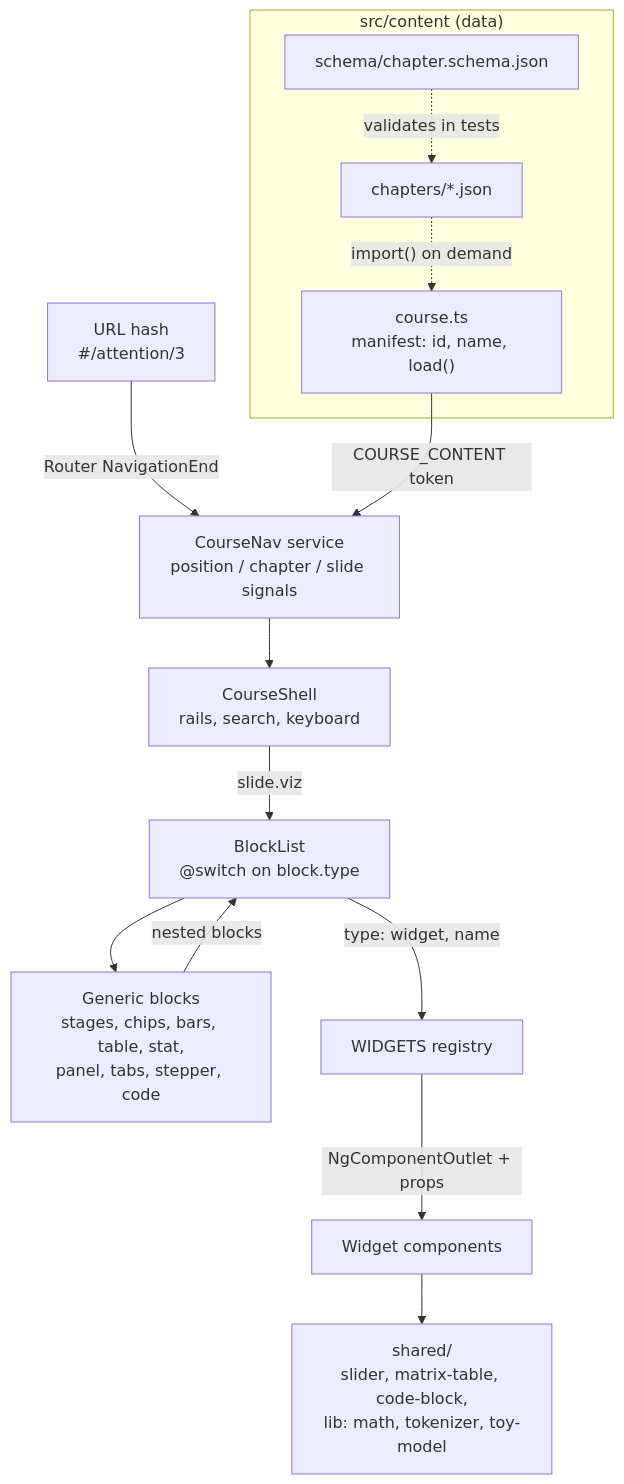
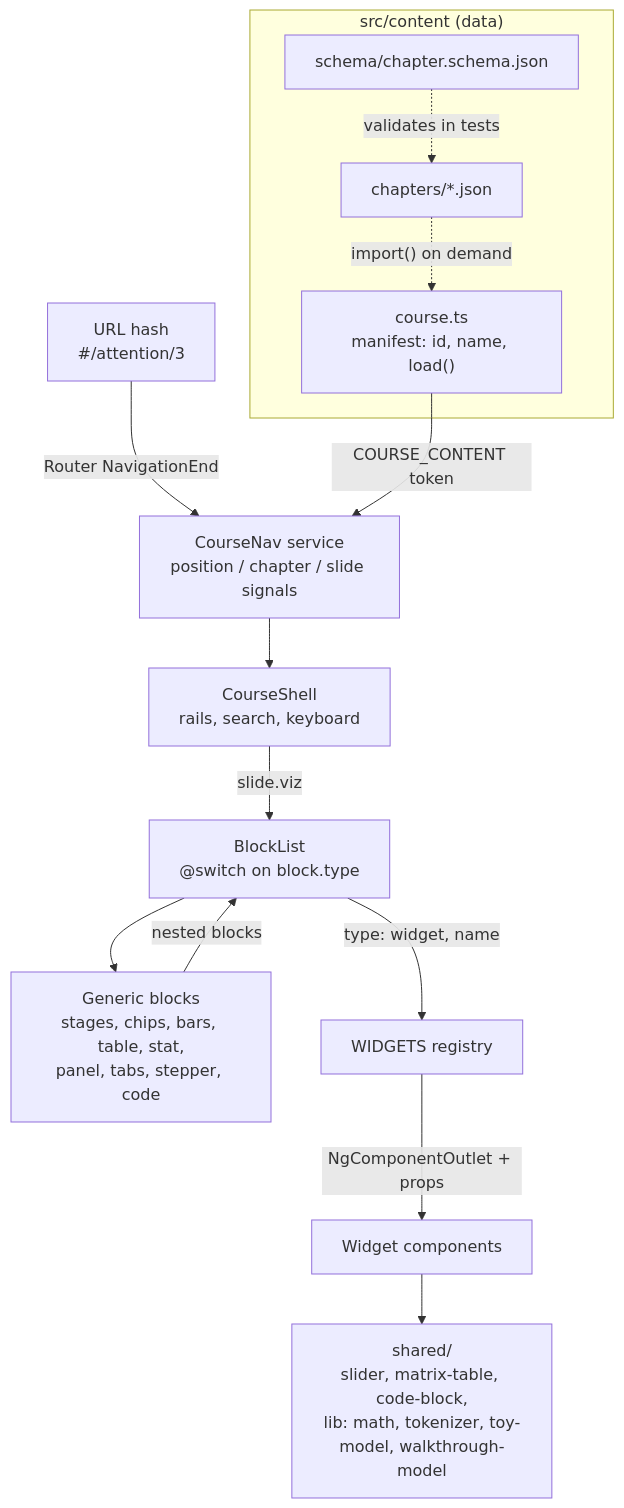
Before and after one commit to sgarg5858/ai-unboxed: the diagram in ARCHITECTURE.md, drawn with Mermaid. The commit also changed 14 other files, not shown here.

````diff
--- a/ARCHITECTURE.md
+++ b/ARCHITECTURE.md
@@ -18,16 +18,16 @@
 ```mermaid
 flowchart TD
   URL["URL hash<br/>#/attention/3"] -->|Router NavigationEnd| NAV
   subgraph content ["src/content (data)"]
     JSON["chapters/*.json"] -. "import() on demand" .-> COURSE["course.ts<br/>manifest: id, name, load()"]
     SCHEMA["schema/chapter.schema.json"] -. validates in tests .-> JSON
   end
   COURSE -->|COURSE_CONTENT token| NAV["CourseNav service<br/>position / chapter / slide signals"]
   NAV --> SHELL["CourseShell<br/>rails, search, keyboard"]
   SHELL -->|slide.viz| BL["BlockList<br/>@switch on block.type"]
   BL --> GEN["Generic blocks<br/>stages, chips, bars, table, stat,<br/>panel, tabs, stepper, code"]
   BL -->|"type: widget, name"| REG["WIDGETS registry"]
   REG -->|NgComponentOutlet + props| W["Widget components"]
   GEN -->|nested blocks| BL
-  W --> SHARED["shared/<br/>slider, matrix-table, code-block,<br/>lib: math, tokenizer, toy-model"]
+  W --> SHARED["shared/<br/>slider, matrix-table, code-block,<br/>lib: math, tokenizer, toy-model, walkthrough-model"]
 ```
````
